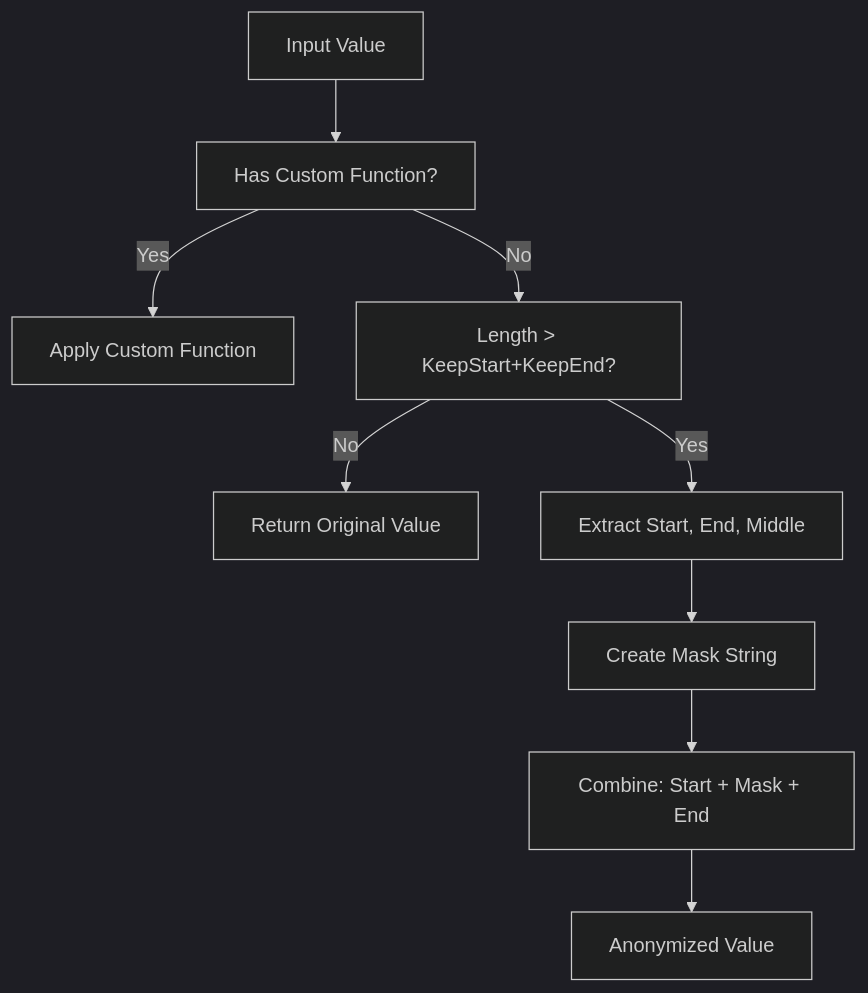
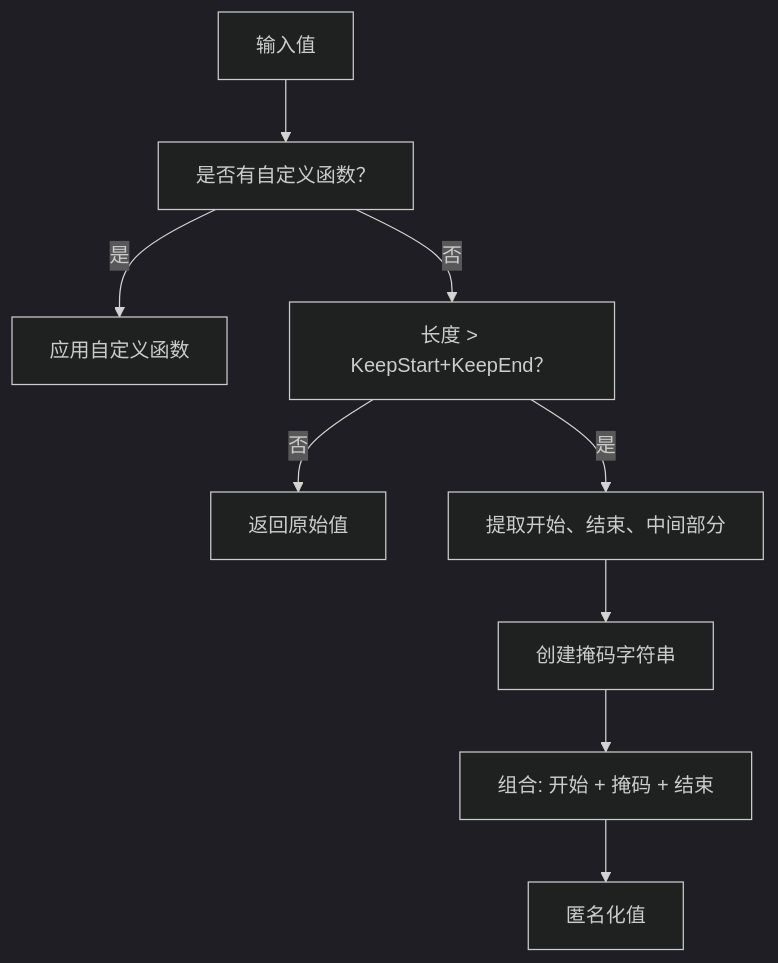
Before and after one commit to 26huitailang/kratos-boilerplate: the third of 5 diagrams in .qoder/repowiki/zh/content/Backend Services/Sensitive Data Handling.md, drawn with Mermaid (dark theme). The commit also changed other lines of this file and 31 other files, not shown here.

````diff
--- a/.qoder/repowiki/zh/content/Backend Services/Sensitive Data Handling.md
+++ b/.qoder/repowiki/zh/content/Backend Services/Sensitive Data Handling.md
@@ -152,11 +192,11 @@
 ```mermaid
 flowchart TD
-Input[Input Value] --> HasCustom["Has Custom Function?"]
-HasCustom --> |Yes| ApplyCustom["Apply Custom Function"]
-HasCustom --> |No| CheckLength["Length > KeepStart+KeepEnd?"]
-CheckLength --> |No| ReturnOriginal["Return Original Value"]
-CheckLength --> |Yes| ExtractParts["Extract Start, End, Middle"]
-ExtractParts --> CreateMask["Create Mask String"]
-CreateMask --> Combine["Combine: Start + Mask + End"]
-Combine --> Output[Anonymized Value]
+Input[输入值] --> HasCustom["是否有自定义函数？"]
+HasCustom --> |是| ApplyCustom["应用自定义函数"]
+HasCustom --> |否| CheckLength["长度 > KeepStart+KeepEnd？"]
+CheckLength --> |否| ReturnOriginal["返回原始值"]
+CheckLength --> |是| ExtractParts["提取开始、结束、中间部分"]
+ExtractParts --> CreateMask["创建掩码字符串"]
+CreateMask --> Combine["组合: 开始 + 掩码 + 结束"]
+Combine --> Output[匿名化值]
 ```
````
